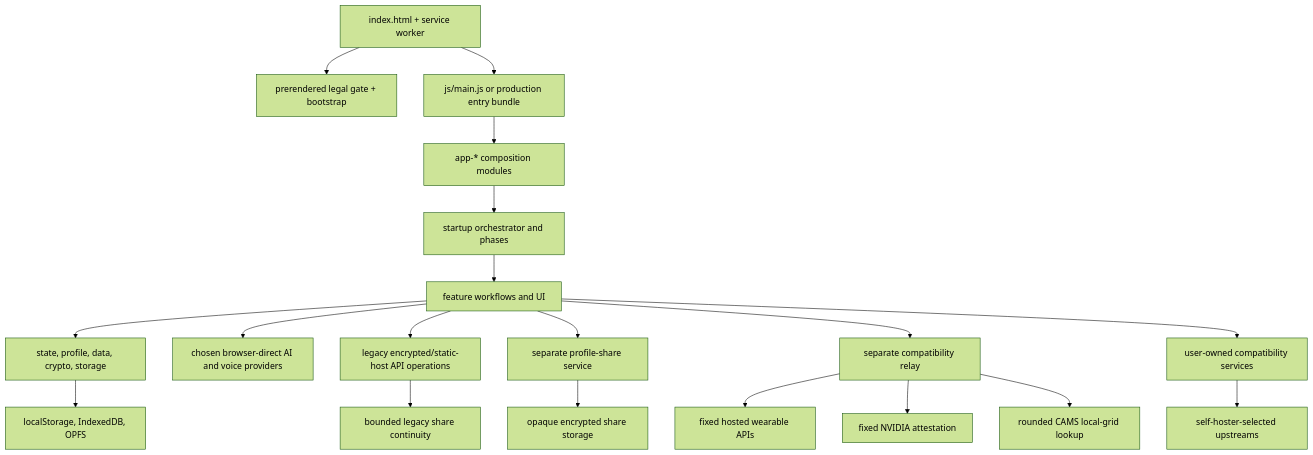
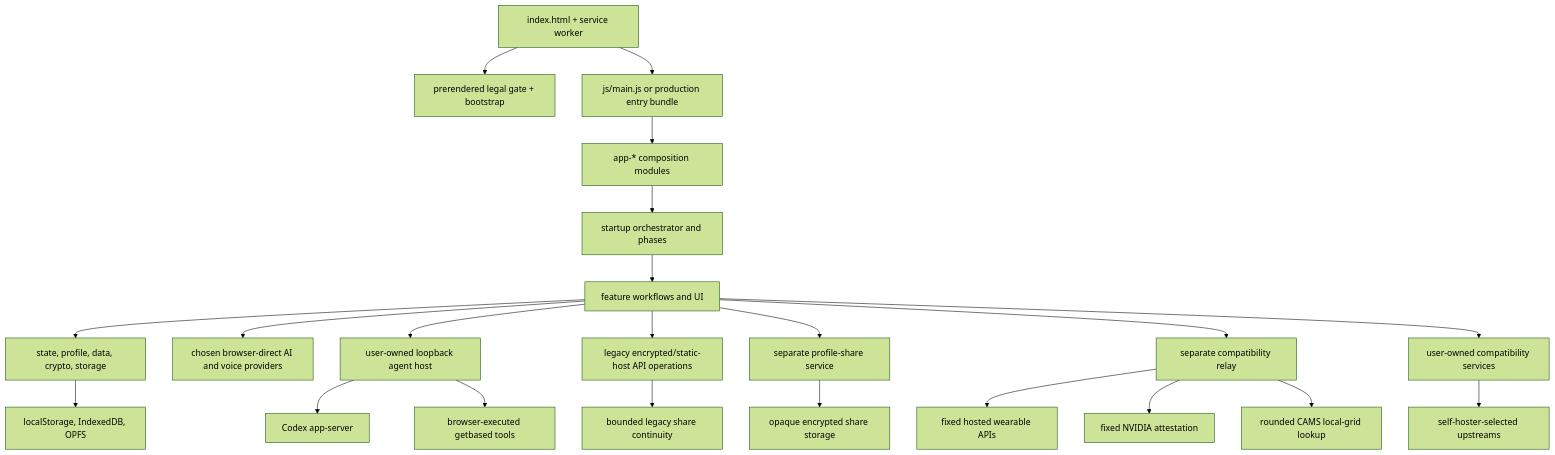
The diagram in ARCHITECTURE.md (elkimek/get-based), drawn with Mermaid (forest theme) before and after one commit. The commit also changed other lines of this file and 304 other files, not shown here.

````diff
--- a/ARCHITECTURE.md
+++ b/ARCHITECTURE.md
@@ -35,21 +35,24 @@
 ```mermaid
 flowchart TD
   HTML[index.html + service worker] --> Legal[prerendered legal gate + bootstrap]
   HTML --> Main[js/main.js or production entry bundle]
   Main --> Composition[app-* composition modules]
   Composition --> Startup[startup orchestrator and phases]
   Startup --> Features[feature workflows and UI]
   Features --> Foundation[state, profile, data, crypto, storage]
   Foundation --> BrowserStorage[localStorage, IndexedDB, OPFS]
   Features --> Direct[chosen browser-direct AI and voice providers]
+  Features --> AgentHost[user-owned loopback agent host]
+  AgentHost --> Codex[Codex app-server]
+  AgentHost --> AgentTools[browser-executed getbased tools]
   Features --> Vercel[legacy encrypted/static-host API operations]
   Vercel --> LegacyCiphertext[bounded legacy share continuity]
   Features --> ProfileShare[separate profile-share service]
   ProfileShare --> Ciphertext[opaque encrypted share storage]
   Features --> Compatibility[separate compatibility relay]
   Compatibility --> Wearables[fixed hosted wearable APIs]
   Compatibility --> Attestation[fixed NVIDIA attestation]
   Compatibility --> Cams[rounded CAMS local-grid lookup]
   Features --> SelfHost[user-owned compatibility services]
   SelfHost --> Upstreams[self-hoster-selected upstreams]
 ```
````
